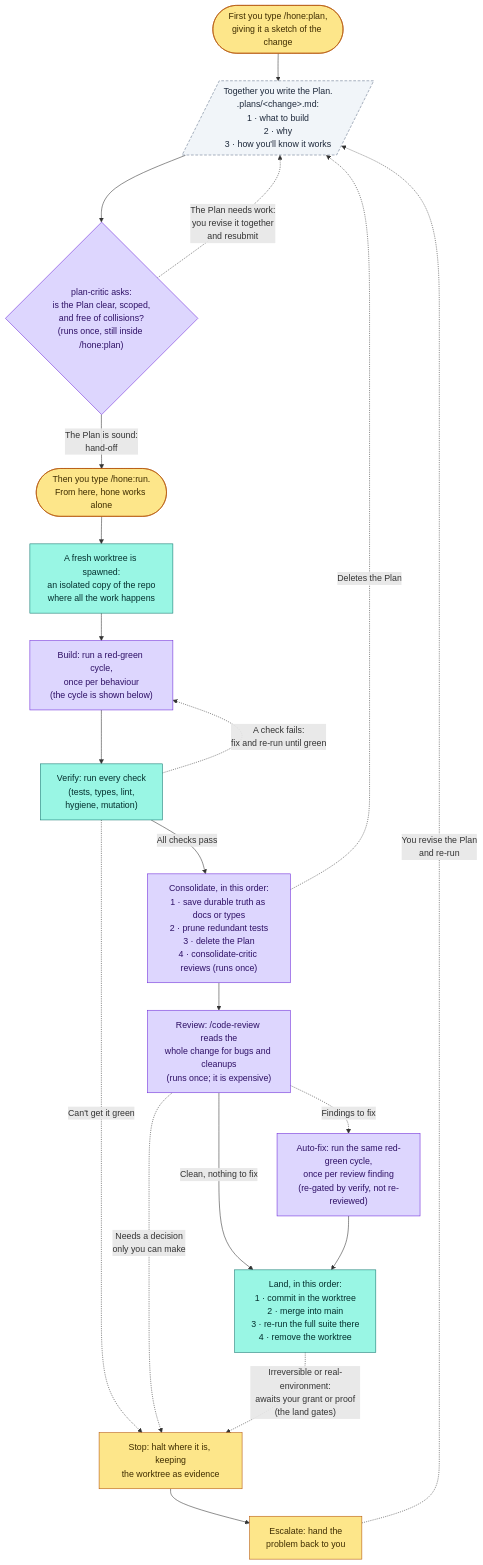
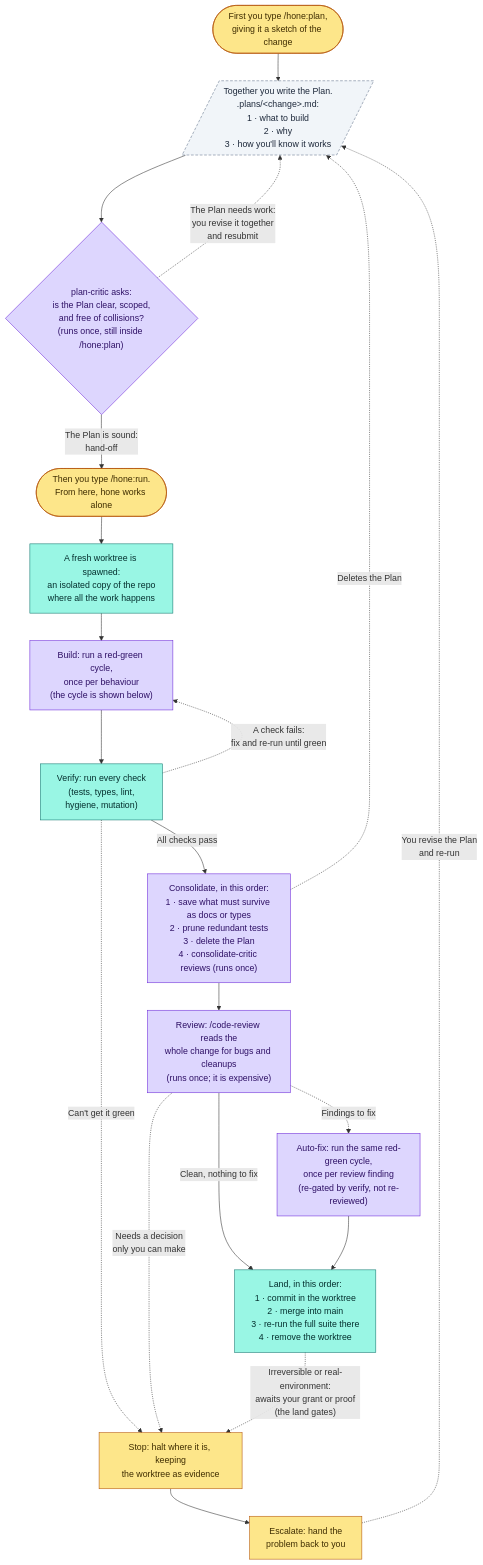
Before and after one commit to dominik-rehse/hone: the third of 5 diagrams in docs/model.md, drawn with Mermaid. The commit also changed other lines of this file and 14 other files, not shown here.

````diff
--- a/docs/model.md
+++ b/docs/model.md
@@ -164,45 +149,45 @@
 ```mermaid
 flowchart TD
     cmdPlan(["First you type /hone:plan,<br/>giving it a sketch of the change"])
     planFile[/"Together you write the Plan.<br/>.plans/&lt;change&gt;.md:<br/>1 · what to build<br/>2 · why<br/>3 · how you'll know it works"/]
     cmdRun(["Then you type /hone:run.<br/>From here, hone works alone"])
     admit{"plan-critic asks:<br/>is the Plan clear, scoped,<br/>and free of collisions?<br/>(runs once, still inside /hone:plan)"}
     wt["A fresh worktree is spawned:<br/>an isolated copy of the repo<br/>where all the work happens"]
     build["Build: run a red-green cycle,<br/>once per behaviour<br/>(the cycle is shown below)"]
     verify["Verify: run every check<br/>(tests, types, lint,<br/>hygiene, mutation)"]
-    cons["Consolidate, in this order:<br/>1 · save durable truth as docs or types<br/>2 · prune redundant tests<br/>3 · delete the Plan<br/>4 · consolidate-critic reviews (runs once)"]
+    cons["Consolidate, in this order:<br/>1 · save what must survive as docs or types<br/>2 · prune redundant tests<br/>3 · delete the Plan<br/>4 · consolidate-critic reviews (runs once)"]
     rev["Review: /code-review reads the<br/>whole change for bugs and cleanups<br/>(runs once; it is expensive)"]
     fix["Auto-fix: run the same red-green cycle,<br/>once per review finding<br/>(re-gated by verify, not re-reviewed)"]
     land["Land, in this order:<br/>1 · commit in the worktree<br/>2 · merge into main<br/>3 · re-run the full suite there<br/>4 · remove the worktree"]
     esc["Escalate: hand the<br/>problem back to you"]
     stop["Stop: halt where it is, keeping<br/>the worktree as evidence"]
 
     cmdPlan --> planFile
     planFile --> admit
     admit -->|"The Plan is sound:<br/>hand-off"| cmdRun
     admit -.->|"The Plan needs work:<br/>you revise it together<br/>and resubmit"| planFile
     cmdRun --> wt
     wt --> build
     build --> verify
     verify -->|"All checks pass"| cons
     verify -.->|"A check fails:<br/>fix and re-run until green"| build
     verify -.->|"Can't get it green"| stop
     cons --> rev
     cons -.->|"Deletes the Plan"| planFile
     rev -->|"Clean, nothing to fix"| land
     rev -.->|"Findings to fix"| fix
     fix --> land
     rev -.->|"Needs a decision<br/>only you can make"| stop
     land -.->|"Irreversible or real-environment:<br/>awaits your grant or proof<br/>(the land gates)"| stop
     stop --> esc
     esc -.->|"You revise the Plan<br/>and re-run"| planFile
 
     classDef human fill:#fde68a,stroke:#b45309,color:#3f2d00;
     classDef deterministic fill:#99f6e4,stroke:#0f766e,color:#042f2e;
     classDef stochastic fill:#ddd6fe,stroke:#6d28d9,color:#2e1065;
     classDef artifact fill:#f1f5f9,stroke:#64748b,color:#1e293b,stroke-dasharray:5 3;
     class cmdPlan,cmdRun,esc,stop human;
     class wt,verify,land deterministic;
     class admit,build,cons,rev,fix stochastic;
     class planFile artifact;
 ```
````
